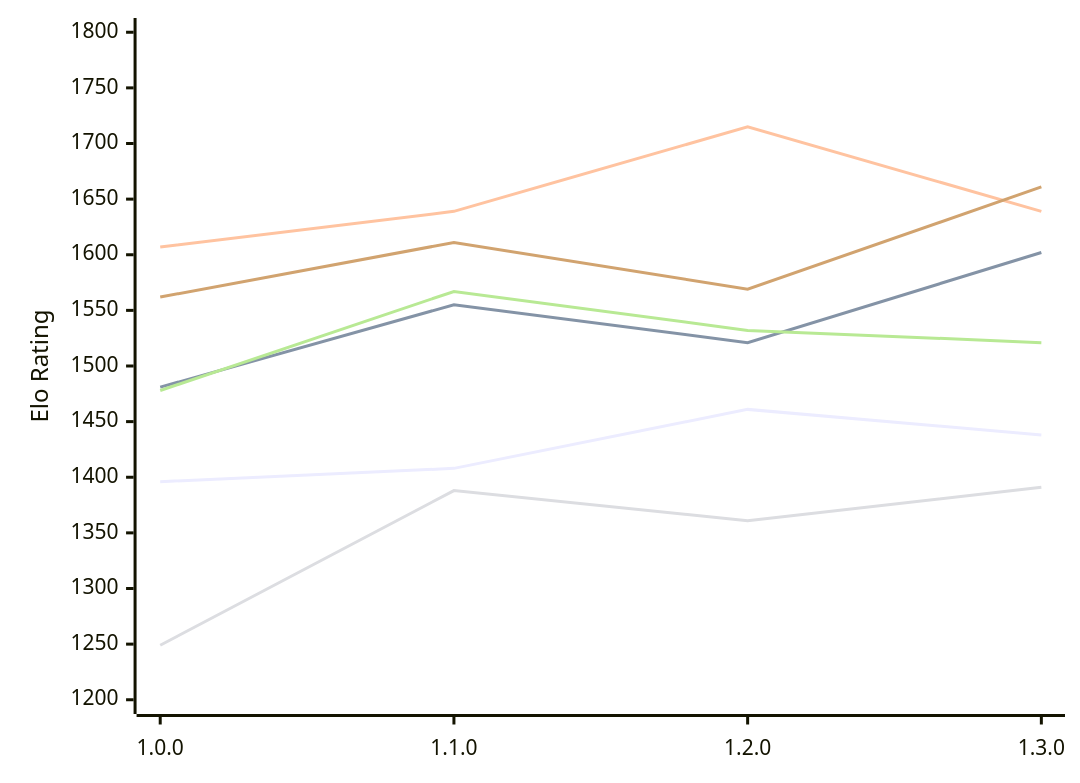
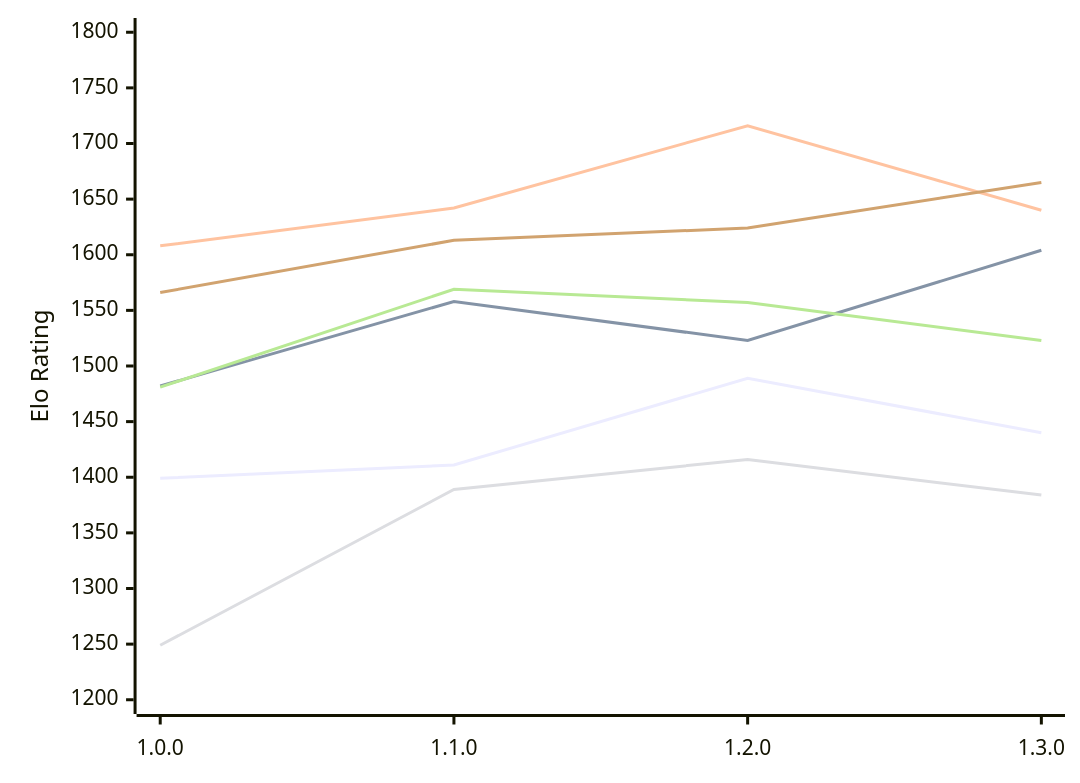
Before and after one commit to computer-chess-index/cci: the diagram in engines/Klak.md, drawn with Mermaid. The commit also changed other lines of this file, not shown here.

Commit message:
Update CCI Ratings (ELO VLTC) - 2026-11-25

````diff
--- a/engines/Klak.md
+++ b/engines/Klak.md
@@ -53,12 +53,12 @@
 ```mermaid
 %%{init: {"theme":"base","themeVariables":{"seriesColors:['#a3a3a3','#222221','#faa371']}}}%%
 xychart-beta
   x-axis ["1.0.0", "1.1.0", "1.2.0", "1.3.0"]
   y-axis "Elo Rating" 1200 --> 1800
-  line "E1: STC (8.0+0.08s)" [1396, 1408, 1461, 1438]
-  line "E1: LTC (60.0+0.60s)" [1481, 1555, 1521, 1602]
-  line "E1: VLTC (2m24s+1.12s)" [1607, 1639, 1715, 1639]
-  line "P1: STC (8.0+0.08s)" [1249, 1388, 1361, 1391]
-  line "P1: LTC (60.0+0.60s)" [1478, 1567, 1532, 1521]
-  line "P1: VLTC (2m24s+1.12s)" [1562, 1611, 1569, 1661]
+  line "E1: STC (8.0+0.08s)" [1399, 1411, 1489, 1440]
+  line "E1: LTC (60.0+0.60s)" [1482, 1558, 1523, 1604]
+  line "E1: VLTC (2m24s+1.12s)" [1608, 1642, 1716, 1640]
+  line "P1: STC (8.0+0.08s)" [1249, 1389, 1416, 1384]
+  line "P1: LTC (60.0+0.60s)" [1481, 1569, 1557, 1523]
+  line "P1: VLTC (2m24s+1.12s)" [1566, 1613, 1624, 1665]
 ```
````
